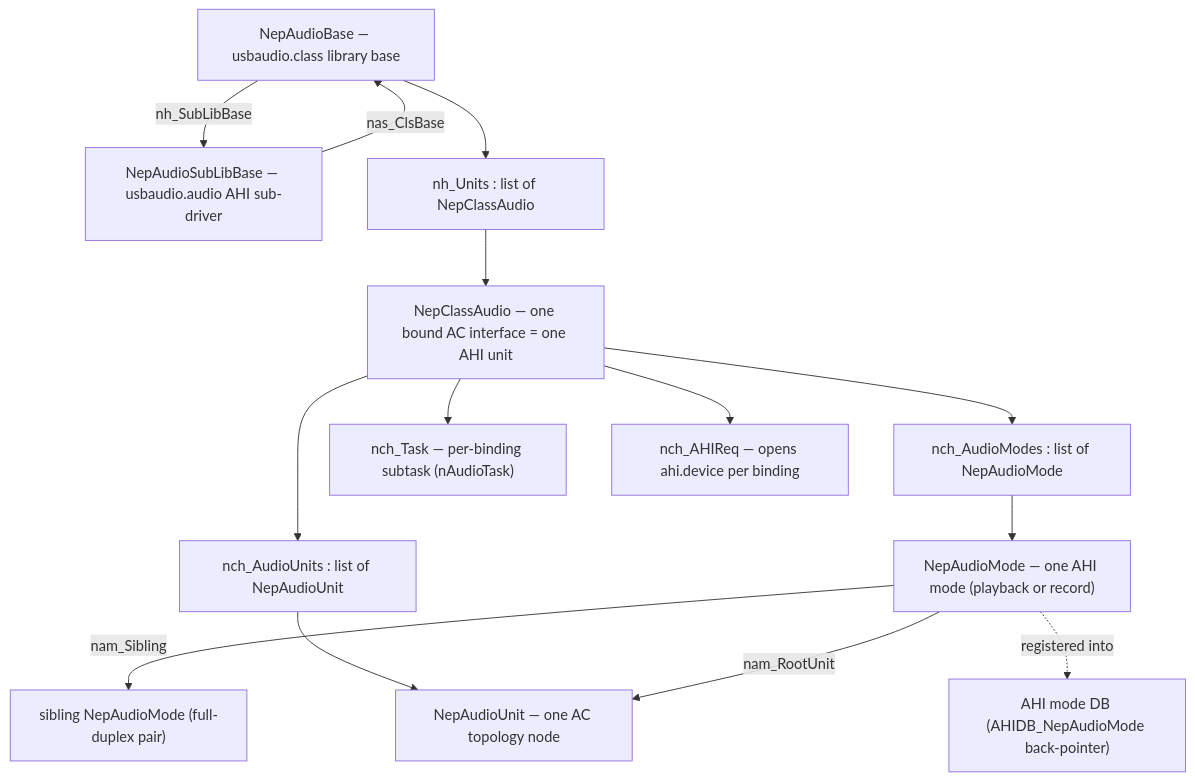
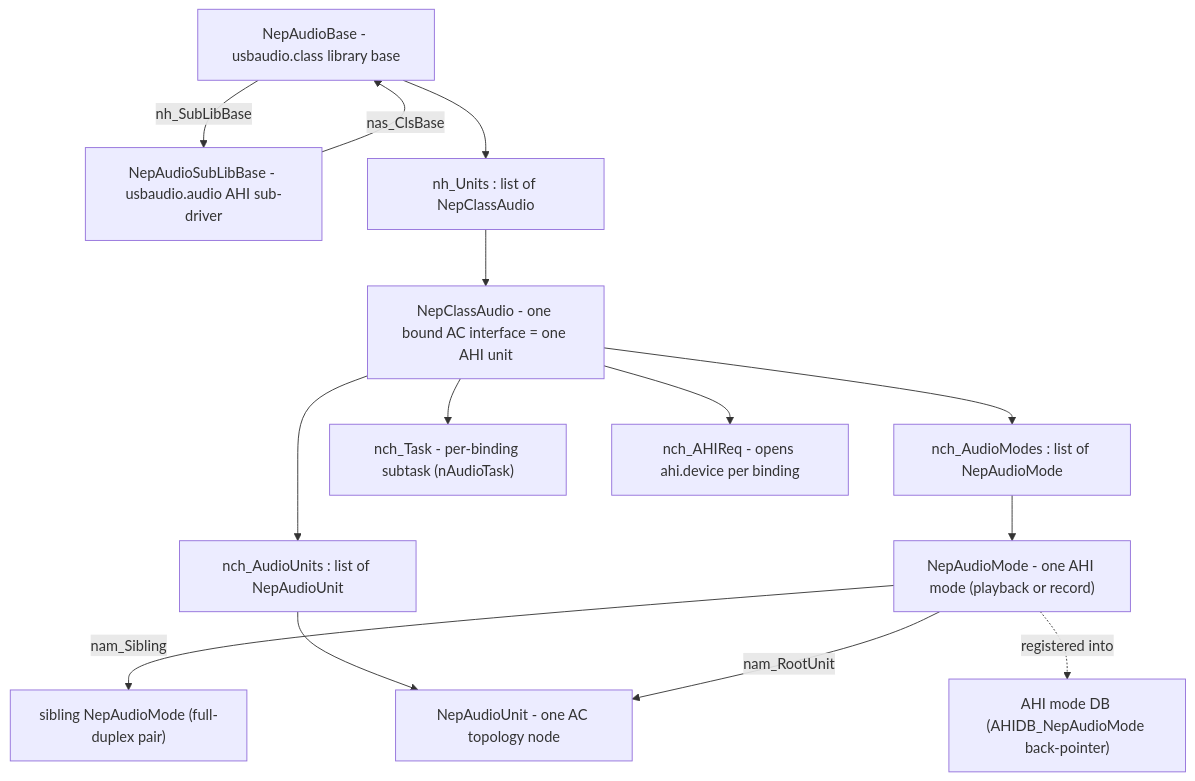
The third of 10 diagrams in docs/usbaudio.class-architecture.md (rondoval/poseidon-backport), drawn with Mermaid before and after one commit. The commit also changed other lines of this file and 108 other files, not shown here.

````diff
--- a/docs/usbaudio.class-architecture.md
+++ b/docs/usbaudio.class-architecture.md
@@ -141,18 +141,18 @@
 ```mermaid
 flowchart TD
-    BASE["NepAudioBase — usbaudio.class library base"]
-    SUB["NepAudioSubLibBase — usbaudio.audio AHI sub-driver"]
+    BASE["NepAudioBase - usbaudio.class library base"]
+    SUB["NepAudioSubLibBase - usbaudio.audio AHI sub-driver"]
     BASE -->|nh_SubLibBase| SUB
     SUB -->|nas_ClsBase| BASE
     BASE --> UNITS["nh_Units : list of NepClassAudio"]
-    UNITS --> NCH["NepClassAudio — one bound AC interface = one AHI unit"]
+    UNITS --> NCH["NepClassAudio - one bound AC interface = one AHI unit"]
     NCH --> MODES["nch_AudioModes : list of NepAudioMode"]
     NCH --> AUNITS["nch_AudioUnits : list of NepAudioUnit"]
-    NCH --> TASK["nch_Task — per-binding subtask (nAudioTask)"]
-    NCH --> AHIREQ["nch_AHIReq — opens ahi.device per binding"]
-    MODES --> NAM["NepAudioMode — one AHI mode (playback or record)"]
-    AUNITS --> NAU["NepAudioUnit — one AC topology node"]
+    NCH --> TASK["nch_Task - per-binding subtask (nAudioTask)"]
+    NCH --> AHIREQ["nch_AHIReq - opens ahi.device per binding"]
+    MODES --> NAM["NepAudioMode - one AHI mode (playback or record)"]
+    AUNITS --> NAU["NepAudioUnit - one AC topology node"]
     NAM -->|nam_Sibling| NAM2["sibling NepAudioMode (full-duplex pair)"]
     NAM -->|nam_RootUnit| NAU
     NAM -.->|"registered into"| AHIDB["AHI mode DB (AHIDB_NepAudioMode back-pointer)"]
 ```
````
